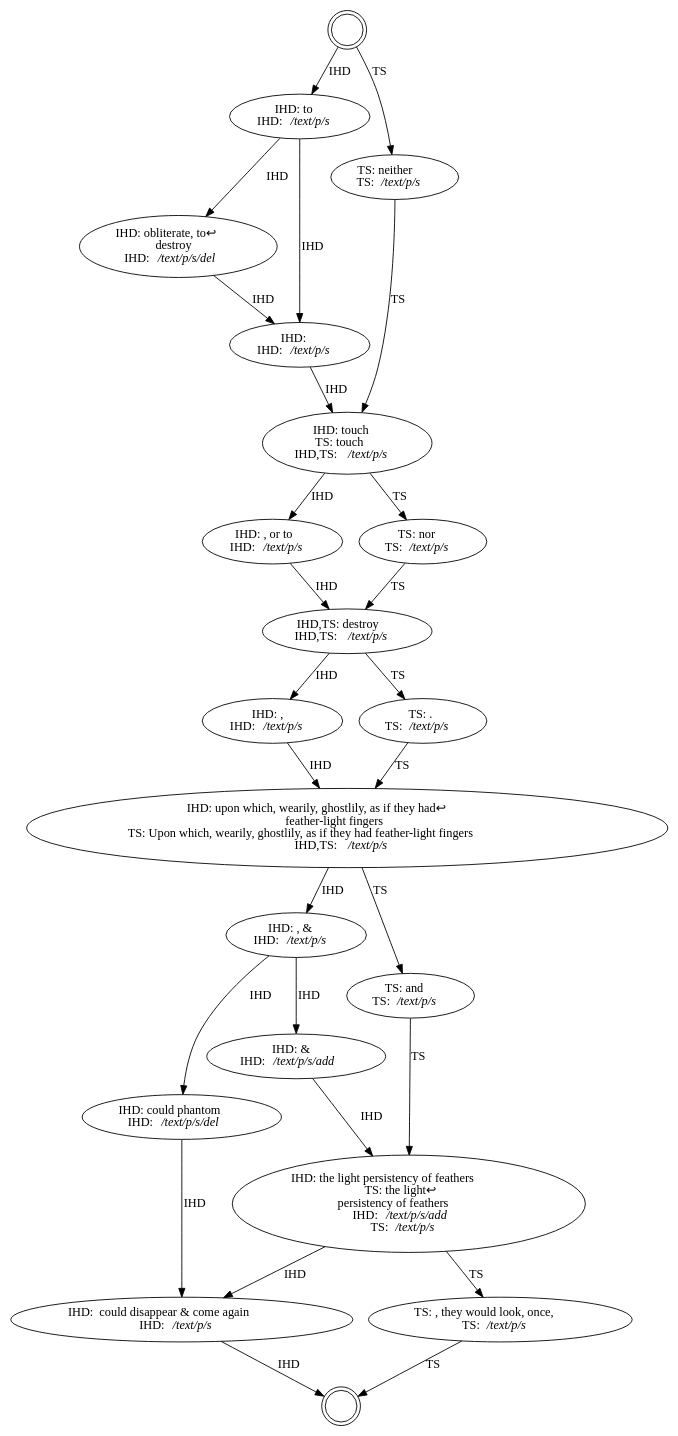
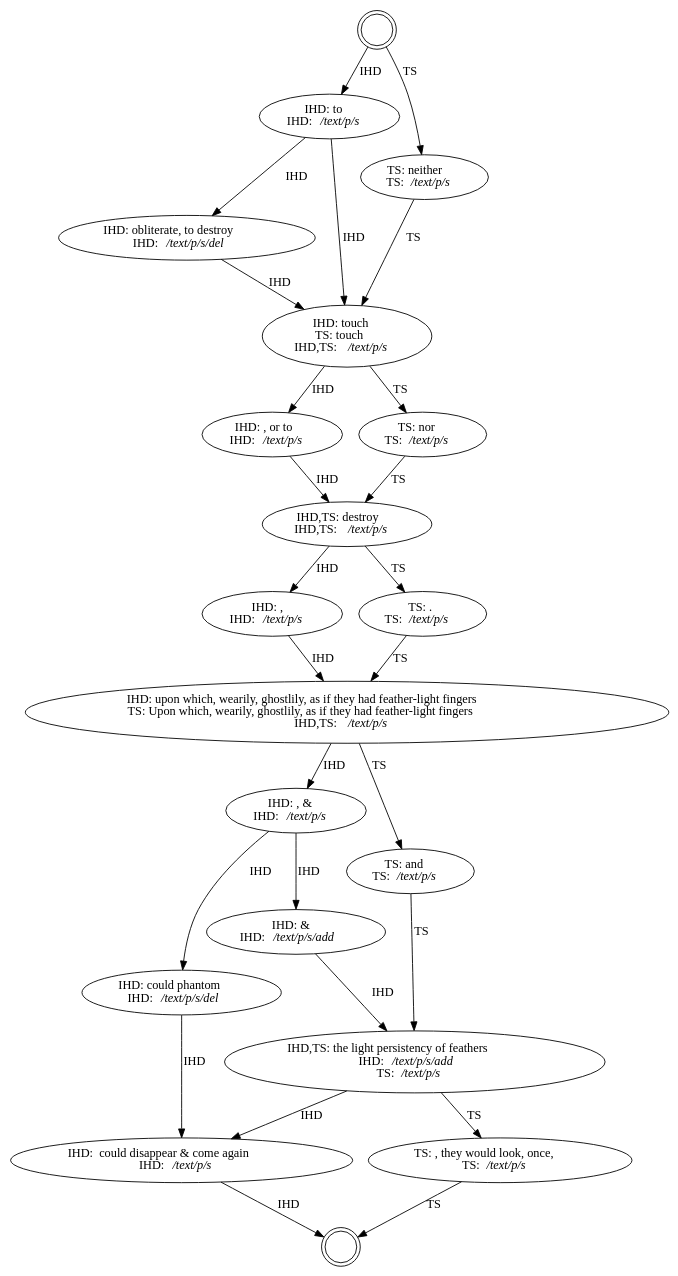
The diagram in doc/nla-433/2-corrected/variation-in-order-2.dot (HuygensING/hyper-collate), drawn with Graphviz before and after one commit.

Commit message:
[NLA-433] manually fix variation-in-order-2

```diff
--- a/doc/nla-433/2-corrected/variation-in-order-2.dot
+++ b/doc/nla-433/2-corrected/variation-in-order-2.dot
@@ -1,52 +1,50 @@
 digraph CollationGraph{
   labelloc=b
 
   t000 [label="";shape=doublecircle,rank=middle]
   t001 [label="";shape=doublecircle,rank=middle]
 
   t002 [label=<IHD: to&nbsp;<br/>IHD: <i>/text/p/s</i>>]
   t003 [label=<IHD,TS: destroy<br/>IHD,TS: <i>/text/p/s</i>>]
   t004 [label=<IHD: ,&nbsp;<br/>IHD: <i>/text/p/s</i>>]
-  t005 [label=<IHD: upon&nbsp;which,&nbsp;wearily,&nbsp;ghostlily,&nbsp;as&nbsp;if&nbsp;they&nbsp;had&#x21A9;<br/>&nbsp;feather-light&nbsp;fingers<br/>TS: Upon&nbsp;which,&nbsp;wearily,&nbsp;ghostlily,&nbsp;as&nbsp;if&nbsp;they&nbsp;had&nbsp;feather-light&nbsp;fingers&nbsp;<br/>IHD,TS: <i>/text/p/s</i>>]
-  t006 [label=<IHD: obliterate,&nbsp;to&#x21A9;<br/>&nbsp;destroy<br/>IHD: <i>/text/p/s/del</i>>]
+  t005 [label=<IHD: upon&nbsp;which,&nbsp;wearily,&nbsp;ghostlily,&nbsp;as&nbsp;if&nbsp;they&nbsp;had&nbsp;feather-light&nbsp;fingers<br/>TS: Upon&nbsp;which,&nbsp;wearily,&nbsp;ghostlily,&nbsp;as&nbsp;if&nbsp;they&nbsp;had&nbsp;feather-light&nbsp;fingers&nbsp;<br/>IHD,TS: <i>/text/p/s</i>>]
+  t006 [label=<IHD: obliterate,&nbsp;to&nbsp;destroy<br/>IHD: <i>/text/p/s/del</i>>]
   t007 [label=<IHD: ,&nbsp;&amp;&nbsp;<br/>IHD: <i>/text/p/s</i>>]
   t008 [label=<IHD: could&nbsp;phantom<br/>IHD: <i>/text/p/s/del</i>>]
   t009 [label=<IHD: &amp;&nbsp;<br/>IHD: <i>/text/p/s/add</i>>]
-  t010 [label=<IHD: the&nbsp;light&nbsp;persistency&nbsp;of&nbsp;feathers<br/>TS: the&nbsp;light&#x21A9;<br/>&nbsp;persistency&nbsp;of&nbsp;feathers<br/>IHD: <i>/text/p/s/add</i><br/>TS: <i>/text/p/s</i><br/>>]
+  t010 [label=<IHD,TS: the&nbsp;light&nbsp;persistency&nbsp;of&nbsp;feathers<br/>IHD: <i>/text/p/s/add</i><br/>TS: <i>/text/p/s</i><br/>>]
   t011 [label=<IHD: &nbsp;could&nbsp;disappear&nbsp;&amp;&nbsp;come&nbsp;again<br/>IHD: <i>/text/p/s</i>>]
-  t012 [label=<IHD: &nbsp;<br/>IHD: <i>/text/p/s</i>>]
   t013 [label=<IHD: touch<br/>TS: touch&nbsp;<br/>IHD,TS: <i>/text/p/s</i>>]
   t014 [label=<IHD: ,&nbsp;or&nbsp;to&nbsp;<br/>IHD: <i>/text/p/s</i>>]
   t015 [label=<TS: neither&nbsp;<br/>TS: <i>/text/p/s</i>>]
   t016 [label=<TS: and&nbsp;<br/>TS: <i>/text/p/s</i>>]
   t017 [label=<TS: ,&nbsp;they&nbsp;would&nbsp;look,&nbsp;once,<br/>TS: <i>/text/p/s</i>>]
   t018 [label=<TS: nor&nbsp;<br/>TS: <i>/text/p/s</i>>]
   t019 [label=<TS: .<br/>TS: <i>/text/p/s</i>>]
 
   t000->t002[label="IHD"]
   t000->t015[label="TS"]
   t002->t006[label="IHD"]
-  t002->t012[label="IHD"]
+  t002->t013[label="IHD"]
   t003->t004[label="IHD"]
   t003->t019[label="TS"]
   t004->t005[label="IHD"]
   t005->t007[label="IHD"]
   t005->t016[label="TS"]
-  t006->t012[label="IHD"]
+  t006->t013[label="IHD"]
   t007->t008[label="IHD"]
   t007->t009[label="IHD"]
   t008->t011[label="IHD"]
   t009->t010[label="IHD"]
   t010->t011[label="IHD"]
   t010->t017[label="TS"]
   t011->t001[label="IHD"]
-  t012->t013[label="IHD"]
   t013->t014[label="IHD"]
   t013->t018[label="TS"]
   t014->t003[label="IHD"]
   t015->t013[label="TS"]
   t016->t010[label="TS"]
   t017->t001[label="TS"]
   t018->t003[label="TS"]
   t019->t005[label="TS"]
 }
```
